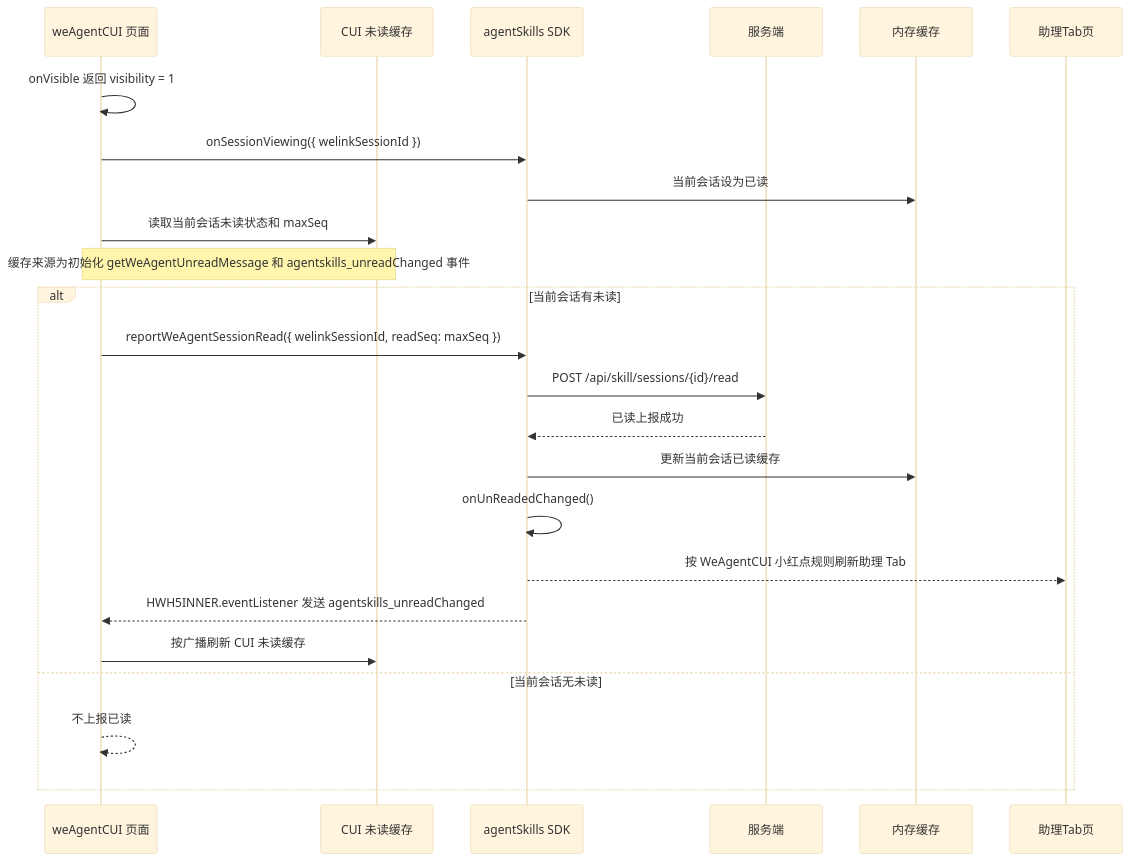
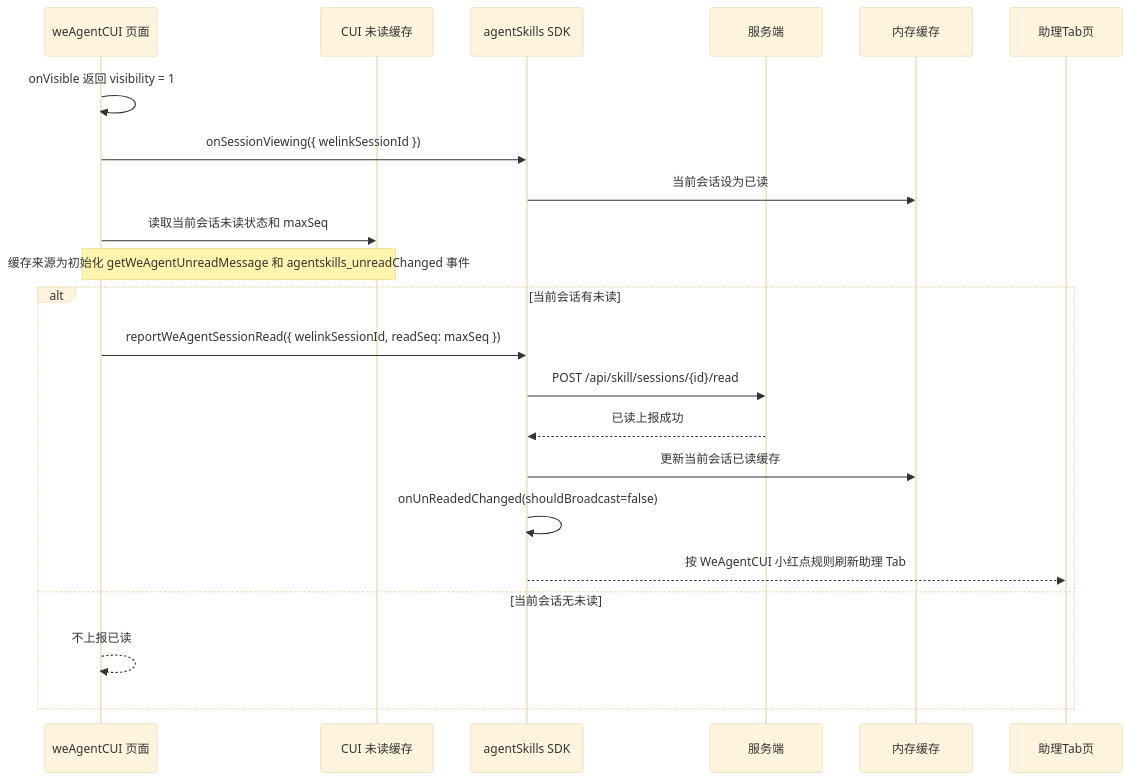
One commit to Abelsjcheng/skillSDK changed the seventh of 10 diagrams in 2026-06-11-we-agent-tab-unread-red-dot-plan.md. Above: the diagram before and after it, drawn with Mermaid (base theme). The commit also changed other lines of this file, not shown here.

````diff
--- a/2026-06-11-we-agent-tab-unread-red-dot-plan.md
+++ b/2026-06-11-we-agent-tab-unread-red-dot-plan.md
@@ -306,27 +315,25 @@
 ```mermaid
 sequenceDiagram
     participant CUI as weAgentCUI 页面
     participant CUICache as CUI 未读缓存
     participant SDK as agentSkills SDK
     participant Server as 服务端
     participant Memory as 内存缓存
     participant Tab as 助理Tab页
 
     CUI->>CUI: onVisible 返回 visibility = 1
     CUI->>SDK: onSessionViewing({ welinkSessionId })
     SDK->>Memory: 当前会话设为已读
     CUI->>CUICache: 读取当前会话未读状态和 maxSeq
     Note over CUI,CUICache: 缓存来源为初始化 getWeAgentUnreadMessage 和 agentskills_unreadChanged 事件
     alt 当前会话有未读
         CUI->>SDK: reportWeAgentSessionRead({ welinkSessionId, readSeq: maxSeq })
         SDK->>Server: POST /api/skill/sessions/{id}/read
         Server-->>SDK: 已读上报成功
         SDK->>Memory: 更新当前会话已读缓存
-        SDK->>SDK: onUnReadedChanged()
+        SDK->>SDK: onUnReadedChanged(shouldBroadcast=false)
         SDK-->>Tab: 按 WeAgentCUI 小红点规则刷新助理 Tab
-        SDK-->>CUI: HWH5INNER.eventListener 发送 agentskills_unreadChanged
-        CUI->>CUICache: 按广播刷新 CUI 未读缓存
     else 当前会话无未读
         CUI-->>CUI: 不上报已读
     end
 ```
````
